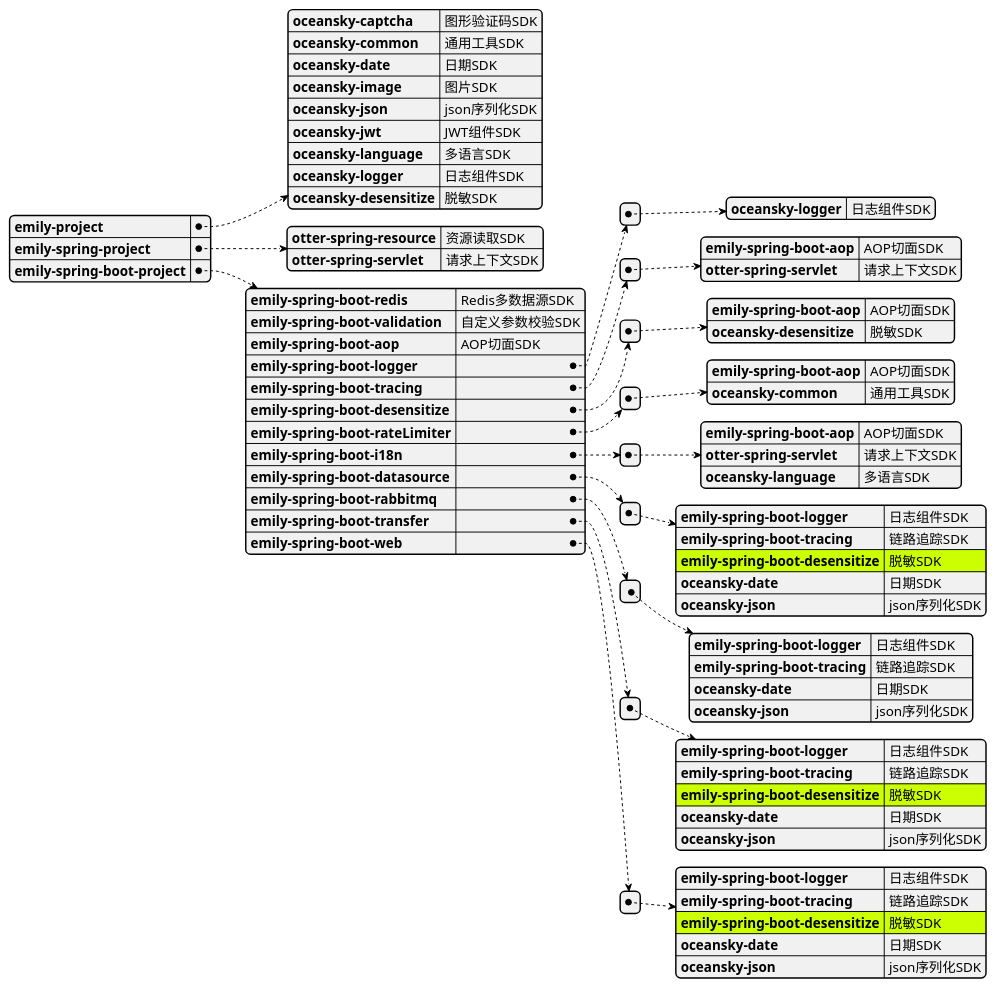
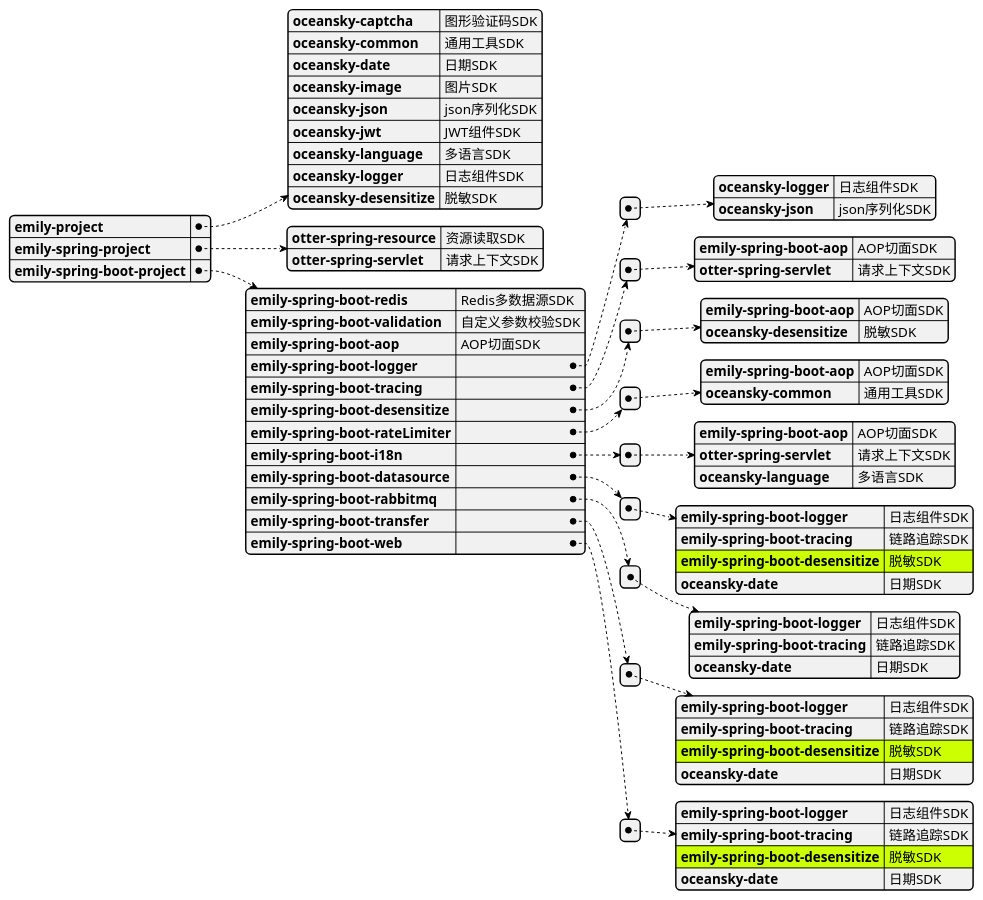
One commit to mingyang66/spring-parent changed the diagram in framework.puml. Above: the diagram before and after it, drawn with PlantUML. The commit also changed 29 other files, not shown here.

```diff
--- a/framework.puml
+++ b/framework.puml
@@ -1,77 +1,74 @@
 @startjson
 #highlight "emily-spring-boot-project" / "emily-spring-boot-datasource" / "0" /"emily-spring-boot-desensitize"
 #highlight "emily-spring-boot-project" / "emily-spring-boot-transfer" / "0" /"emily-spring-boot-desensitize"
 #highlight "emily-spring-boot-project" / "emily-spring-boot-web" / "0" /"emily-spring-boot-desensitize"
 {
 "emily-project":
   {
   "oceansky-captcha": "图形验证码SDK",
   "oceansky-common": "通用工具SDK",
   "oceansky-date": "日期SDK",
   "oceansky-image": "图片SDK",
   "oceansky-json": "json序列化SDK",
   "oceansky-jwt": "JWT组件SDK",
   "oceansky-language": "多语言SDK",
   "oceansky-logger":"日志组件SDK",
   "oceansky-desensitize":"脱敏SDK"
   },
 "emily-spring-project":
  {
  "otter-spring-resource": "资源读取SDK",
  "otter-spring-servlet":"请求上下文SDK"
  },
 "emily-spring-boot-project":
   {
   "emily-spring-boot-redis": "Redis多数据源SDK",
   "emily-spring-boot-validation": "自定义参数校验SDK",
   "emily-spring-boot-aop": "AOP切面SDK",
   "emily-spring-boot-logger": [{
-        "oceansky-logger":"日志组件SDK"
+        "oceansky-logger":"日志组件SDK",
+        "oceansky-json":"json序列化SDK"
   }],
   "emily-spring-boot-tracing": [{
         "emily-spring-boot-aop":"AOP切面SDK",
         "otter-spring-servlet":"请求上下文SDK"
   }],
   "emily-spring-boot-desensitize": [{
         "emily-spring-boot-aop":"AOP切面SDK",
         "oceansky-desensitize":"脱敏SDK"
   }],
   "emily-spring-boot-rateLimiter": [{
         "emily-spring-boot-aop":"AOP切面SDK",
         "oceansky-common":"通用工具SDK"
   }],
   "emily-spring-boot-i18n": [{
         "emily-spring-boot-aop":"AOP切面SDK",
         "otter-spring-servlet":"请求上下文SDK",
         "oceansky-language":"多语言SDK"
   }],
   "emily-spring-boot-datasource": [{
         "emily-spring-boot-logger":"日志组件SDK",
         "emily-spring-boot-tracing":"链路追踪SDK",
         "emily-spring-boot-desensitize":"脱敏SDK",
-        "oceansky-date":"日期SDK",
-        "oceansky-json":"json序列化SDK"
+        "oceansky-date":"日期SDK"
   }],
   "emily-spring-boot-rabbitmq": [{
         "emily-spring-boot-logger":"日志组件SDK",
         "emily-spring-boot-tracing":"链路追踪SDK",
-        "oceansky-date":"日期SDK",
-        "oceansky-json":"json序列化SDK"
+        "oceansky-date":"日期SDK"
   }],
   "emily-spring-boot-transfer": [{
           "emily-spring-boot-logger":"日志组件SDK",
           "emily-spring-boot-tracing":"链路追踪SDK",
           "emily-spring-boot-desensitize":"脱敏SDK",
-          "oceansky-date":"日期SDK",
-          "oceansky-json":"json序列化SDK"
+          "oceansky-date":"日期SDK"
   }],
   "emily-spring-boot-web": [{
            "emily-spring-boot-logger":"日志组件SDK",
            "emily-spring-boot-tracing":"链路追踪SDK",
            "emily-spring-boot-desensitize":"脱敏SDK",
-           "oceansky-date":"日期SDK",
-           "oceansky-json":"json序列化SDK"
+           "oceansky-date":"日期SDK"
   }]
   }
 }
 @endjson
```
